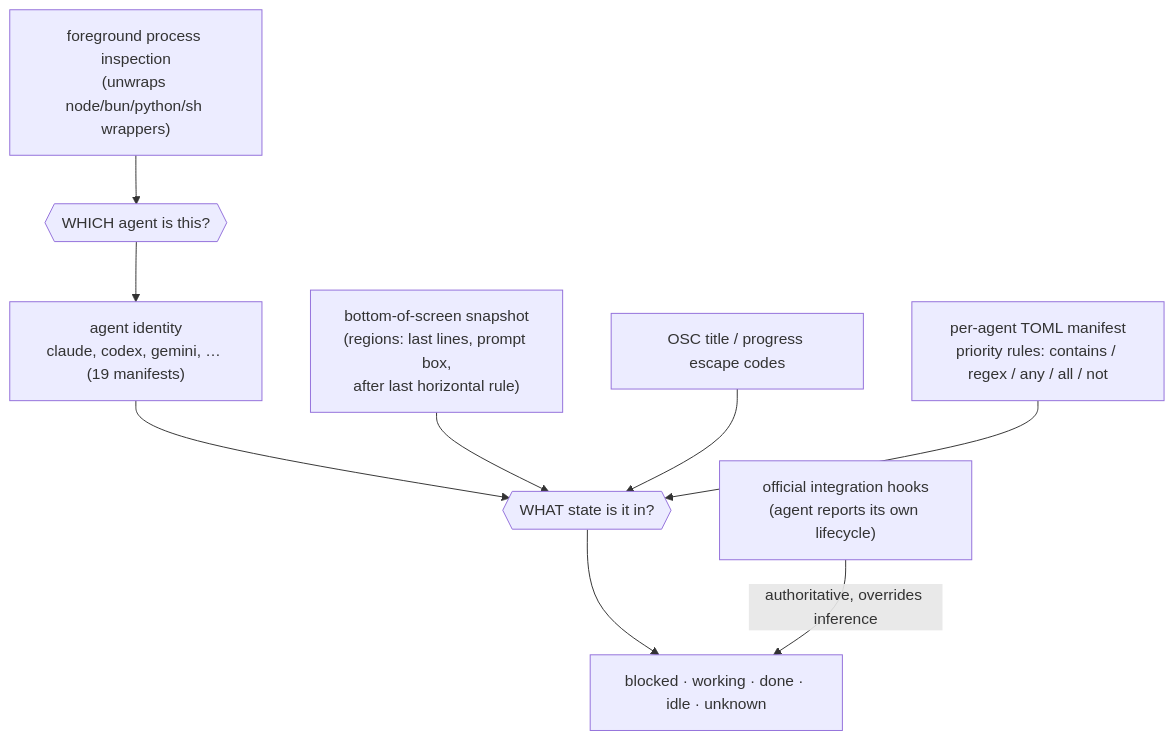
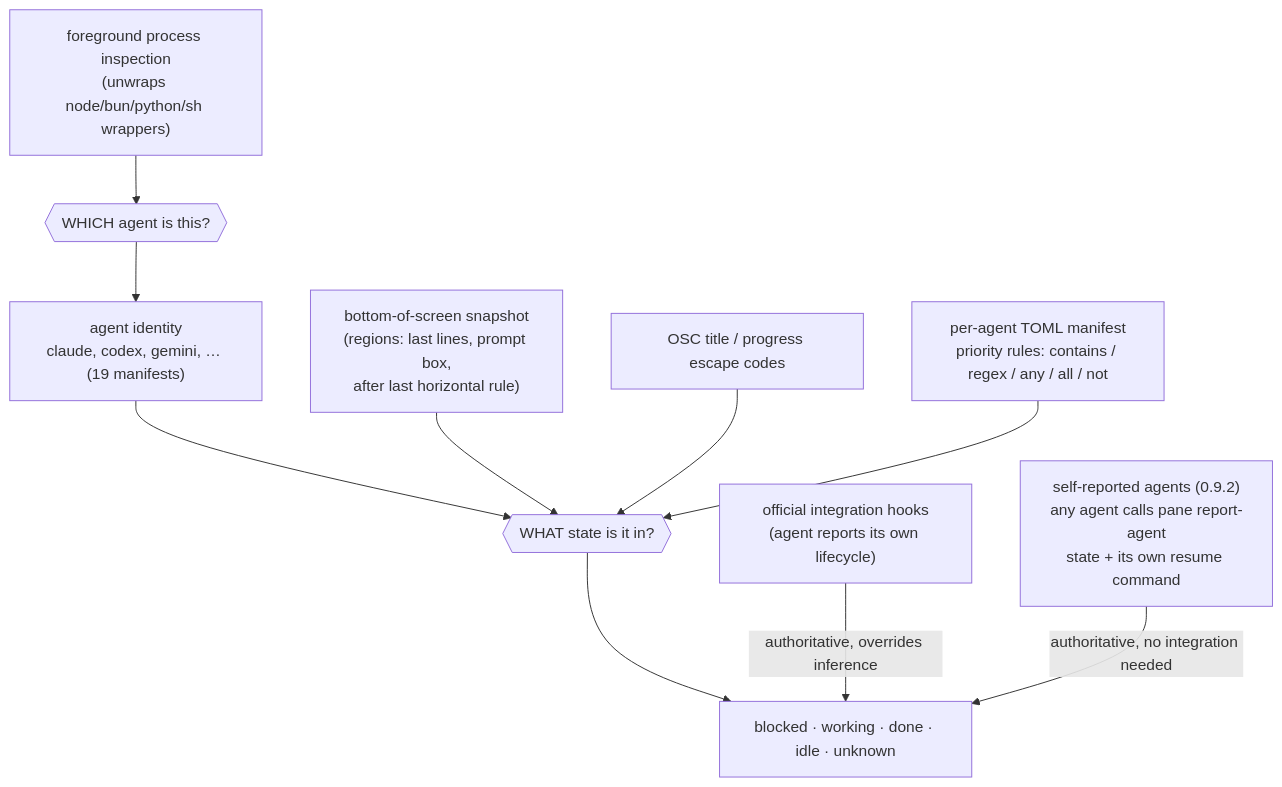
One commit to shaun-agent/herdr-map changed the seventh of 12 diagrams in README.md. Above: the diagram before and after it, drawn with Mermaid. The commit also changed other lines of this file, not shown here.

First line of the commit message:
Update map to herdr 0.9.3: saved machines (Mode C), self-reported agents, per-client UI

````diff
--- a/README.md
+++ b/README.md
@@ -247,16 +249,17 @@
 ```mermaid
 flowchart TD
     Q1{{"WHICH agent is this?"}}
     FG["foreground process inspection<br/>(unwraps node/bun/python/sh wrappers)"] --> Q1
     Q1 --> AG["agent identity<br/>claude, codex, gemini, … (19 manifests)"]
 
     Q2{{"WHAT state is it in?"}}
     AG --> Q2
     EV1["bottom-of-screen snapshot<br/>(regions: last lines, prompt box,<br/>after last horizontal rule)"] --> Q2
     EV2["OSC title / progress escape codes"] --> Q2
     MAN["per-agent TOML manifest<br/>priority rules: contains / regex / any / all / not"] --> Q2
 
     Q2 --> ST["blocked · working · done · idle · unknown"]
 
     HOOK["official integration hooks<br/>(agent reports its own lifecycle)"] -->|"authoritative, overrides inference"| ST
+    SELF["self-reported agents (0.9.2)<br/>any agent calls pane report-agent<br/>state + its own resume command"] -->|"authoritative, no integration needed"| ST
 ```
````
